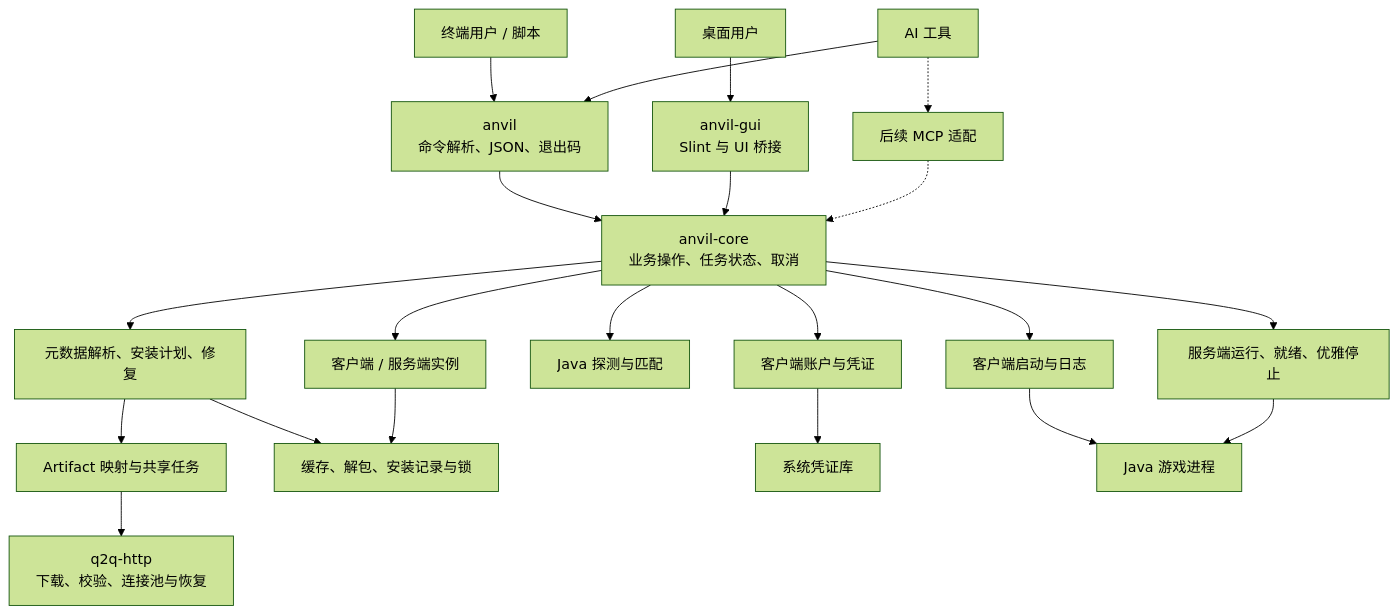
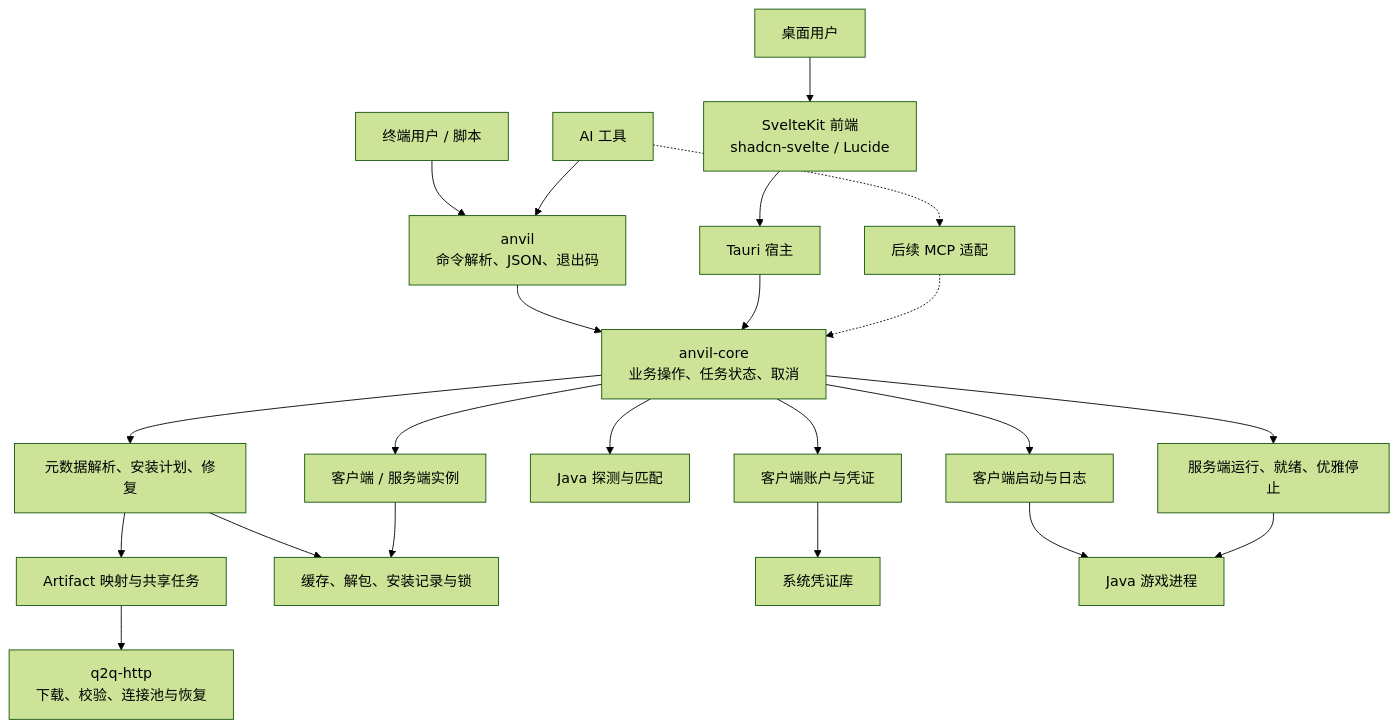
One commit to mivinci/Anvil changed the first of 3 diagrams in todos/architecture.md. Above: the diagram before and after it, drawn with Mermaid (forest theme). The commit also changed other lines of this file and 36 other files, not shown here.

Commit message:
feat: split Tauri shell from desktop frontend

````diff
--- a/todos/architecture.md
+++ b/todos/architecture.md
@@ -43,27 +49,27 @@
 ```mermaid
 flowchart TB
     Human["终端用户 / 脚本"] --> CLI["anvil
 命令解析、JSON、退出码"]
-    Desktop["桌面用户"] --> GUI["anvil-gui
-Slint 与 UI 桥接"]
     AI["AI 工具"] --> CLI
     AI -.-> MCP["后续 MCP 适配"]
+    Desktop["桌面用户"] --> Frontend["SvelteKit 前端\nshadcn-svelte / Lucide"]
+    Frontend --> Tauri["Tauri 宿主"]
     CLI --> Core["anvil-core
 业务操作、任务状态、取消"]
-    GUI --> Core
+    Tauri --> Core
     MCP -.-> Core
     Core --> Instance["客户端 / 服务端实例"]
     Core --> Install["元数据解析、安装计划、修复"]
     Core --> Java["Java 探测与匹配"]
     Core --> Account["客户端账户与凭证"]
     Core --> Client["客户端启动与日志"]
     Core --> Server["服务端运行、就绪、优雅停止"]
     Install --> Download["Artifact 映射与共享任务"]
     Download --> HTTP["q2q-http
 下载、校验、连接池与恢复"]
     Install --> Storage["缓存、解包、安装记录与锁"]
     Instance --> Storage
     Account --> Vault["系统凭证库"]
     Client --> JVM["Java 游戏进程"]
     Server --> JVM
 ```
````
